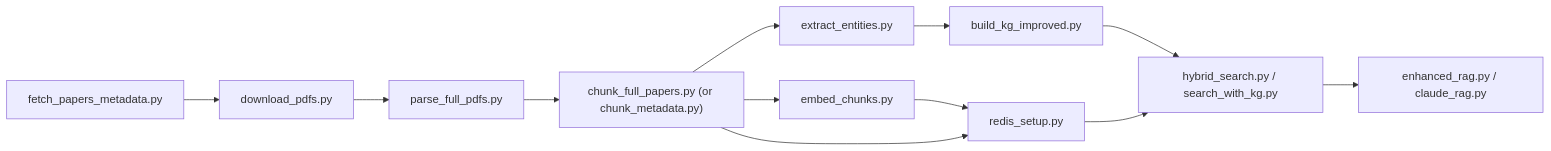
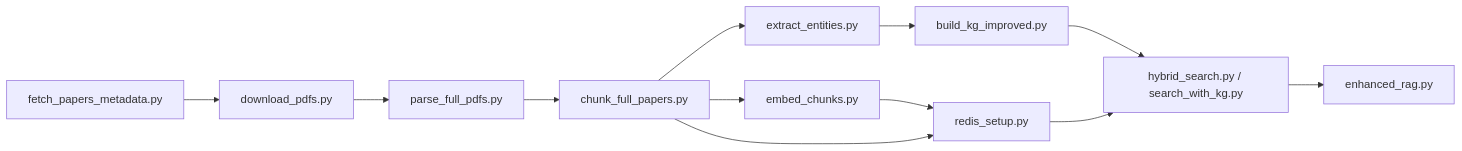
One commit to ManojT0108/Scientific-Research-Assistant-using-Knowledge-Graph-RAG changed the diagram in README.md. Above: the diagram before and after it, drawn with Mermaid. The commit also changed other lines of this file and 8 other files, not shown here.

````diff
--- a/README.md
+++ b/README.md
@@ -18,14 +18,14 @@
 ```mermaid
 flowchart LR
     A["fetch_papers_metadata.py"] --> B["download_pdfs.py"]
     B --> C["parse_full_pdfs.py"]
-    C --> D["chunk_full_papers.py (or chunk_metadata.py)"]
+    C --> D["chunk_full_papers.py"]
     D --> E["embed_chunks.py"]
     D --> F["extract_entities.py"]
     F --> G["build_kg_improved.py"]
     E --> H["redis_setup.py"]
     D --> H
     G --> I["hybrid_search.py / search_with_kg.py"]
     H --> I
-    I --> J["enhanced_rag.py / claude_rag.py"]
+    I --> J["enhanced_rag.py"]
 ```
````
